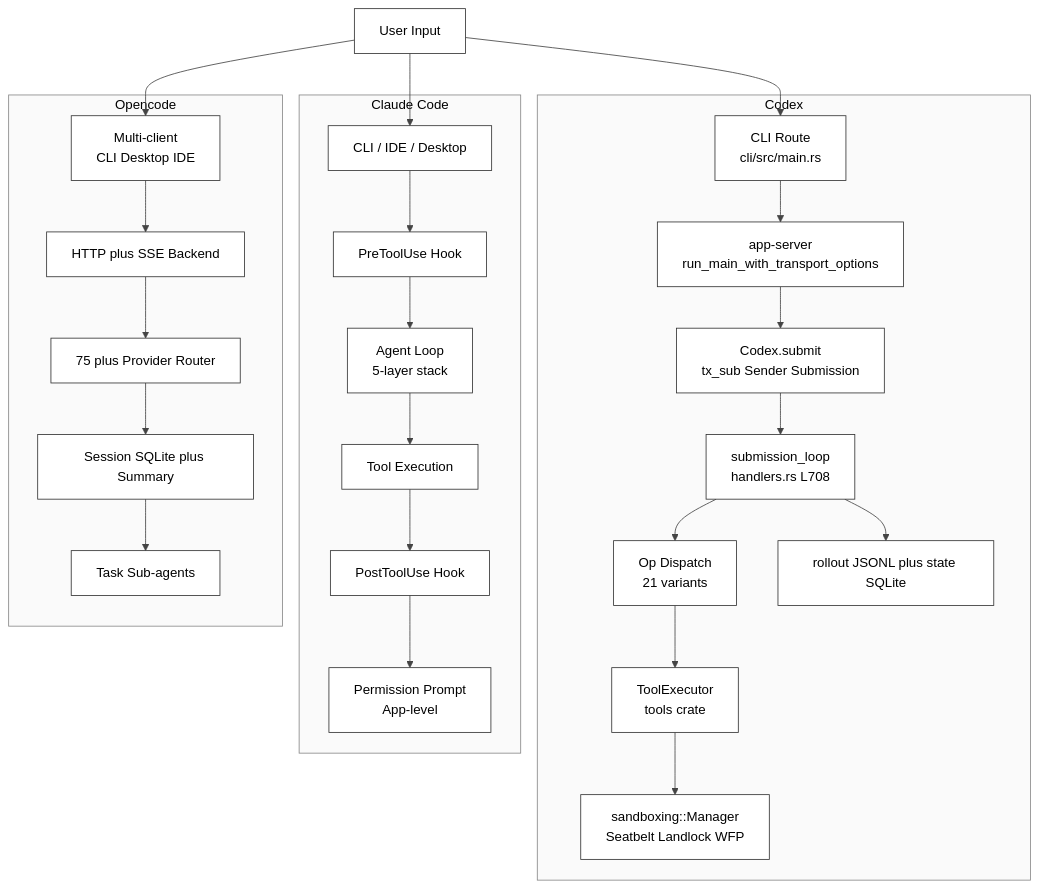
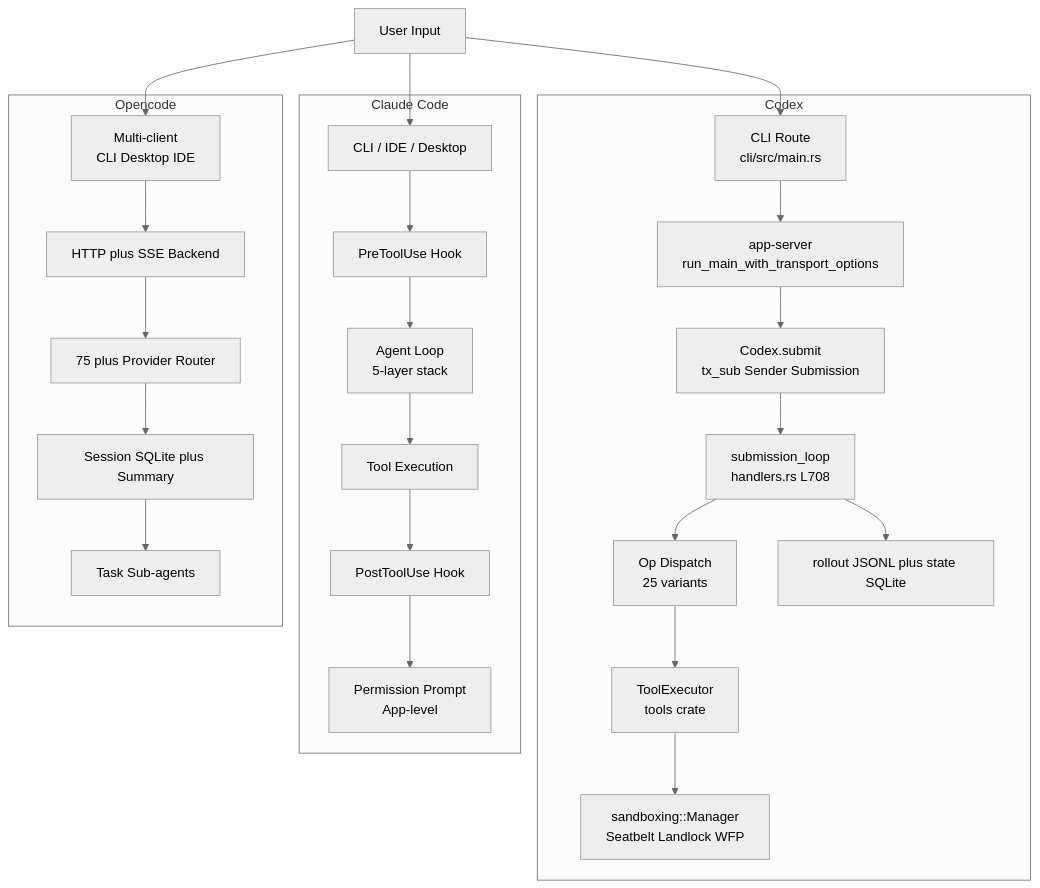
Before and after one commit to GLBB/codex-source-analysis: the second of 6 diagrams in Part III Comparative Analysis/24-Codex与同类对比.md, drawn with Mermaid. The commit also changed other lines of this file and 29 other files, not shown here.

````diff
--- a/Part III Comparative Analysis/24-Codex与同类对比.md
+++ b/Part III Comparative Analysis/24-Codex与同类对比.md
@@ -161,41 +161,41 @@
 ```mermaid
-%%{init: {"theme": "base", "themeCSS": "svg { background: #ffffff !important; } .label, .nodeLabel, .edgeLabel, text { color: #000000 !important; fill: #000000 !important; }", "themeVariables": {"background": "#ffffff", "mainBkg": "#ffffff", "primaryColor": "#f5f5f5", "primaryTextColor": "#000000", "primaryBorderColor": "#333333", "secondaryColor": "#f6f8fa", "tertiaryColor": "#ffffff", "lineColor": "#444444", "textColor": "#000000", "nodeBorder": "#333333", "clusterBkg": "#fafafa", "clusterBorder": "#888888", "edgeLabelBackground": "#ffffff", "fontFamily": "Helvetica"}}}%%
+%%{init:{'theme':'neutral','themeVariables':{'background':'#ffffff'}}}%%
 flowchart TB
     User[User Input]
 
     subgraph Codex
         CRoute["CLI Route<br/>cli/src/main.rs"]
         CApp["app-server<br/>run_main_with_transport_options"]
         CSession["Codex.submit<br/>tx_sub Sender Submission"]
         CLoop["submission_loop<br/>handlers.rs L708"]
-        CDispatch["Op Dispatch<br/>21 variants"]
+        CDispatch["Op Dispatch<br/>25 variants"]
         CTool["ToolExecutor<br/>tools crate"]
         CSandbox["sandboxing::Manager<br/>Seatbelt Landlock WFP"]
         CRollout["rollout JSONL plus state SQLite"]
         CRoute --> CApp --> CSession --> CLoop --> CDispatch --> CTool --> CSandbox
         CLoop --> CRollout
     end
 
     subgraph ClaudeCode["Claude Code"]
         ClRoute["CLI / IDE / Desktop"]
         ClHookPre["PreToolUse Hook"]
         ClAgent["Agent Loop<br/>5-layer stack"]
         ClTool["Tool Execution"]
         ClHookPost["PostToolUse Hook"]
         ClPermission["Permission Prompt<br/>App-level"]
         ClRoute --> ClHookPre --> ClAgent --> ClTool --> ClHookPost --> ClPermission
     end
 
     subgraph Opencode
         OClient["Multi-client<br/>CLI Desktop IDE"]
         OHTTP["HTTP plus SSE Backend"]
         OProvider["75 plus Provider Router"]
         OSession["Session SQLite plus Summary"]
         OTool["Task Sub-agents"]
         OClient --> OHTTP --> OProvider --> OSession --> OTool
     end
 
     User --> CRoute
     User --> ClRoute
     User --> OClient
 ```
````
